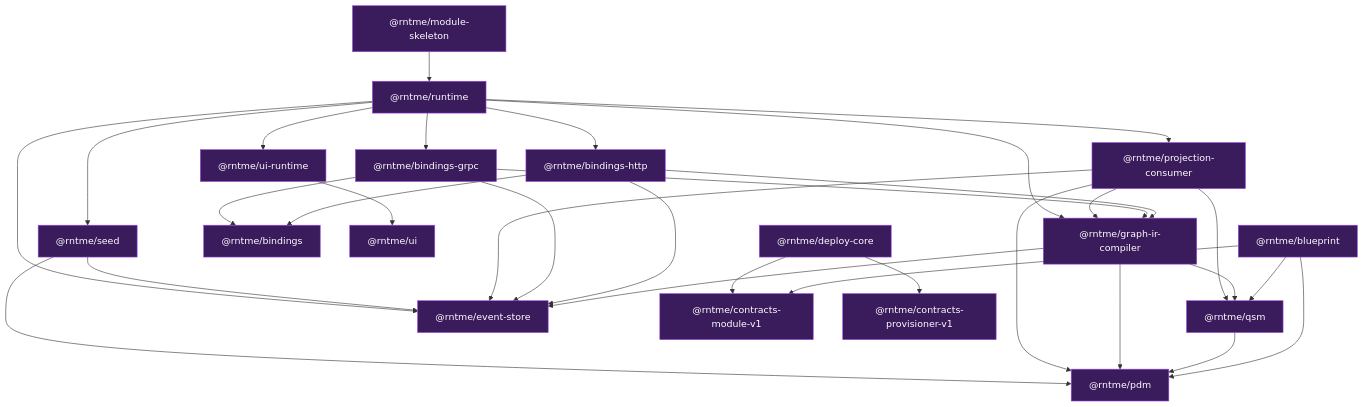
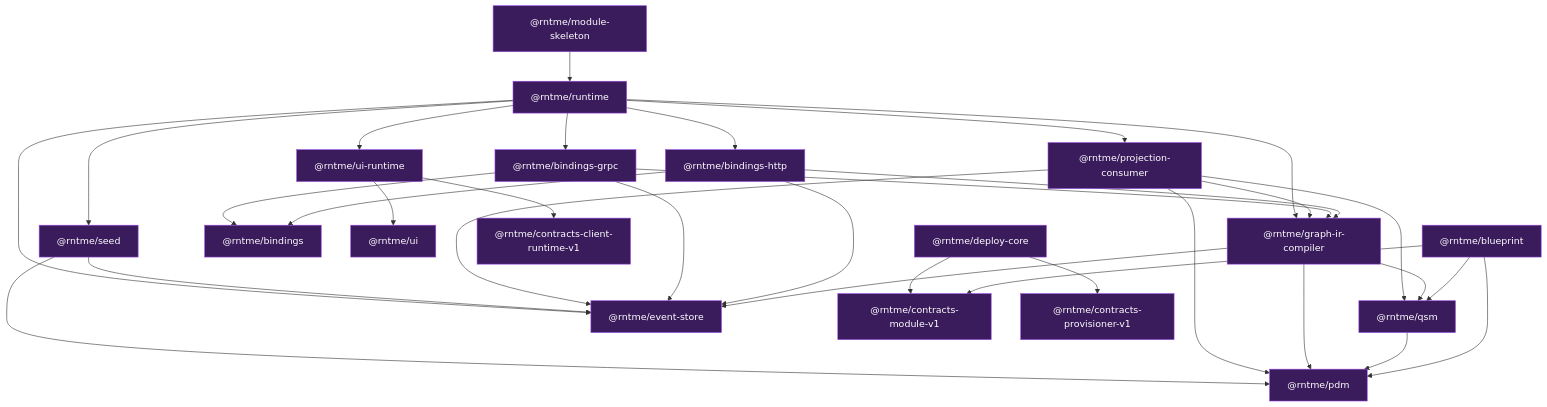
One commit to vladprrs/rntme changed the second of 2 diagrams in README.md. Above: the diagram before and after it, drawn with Mermaid. The commit also changed other lines of this file and 49 other files, not shown here.

````diff
--- a/README.md
+++ b/README.md
@@ -142,35 +143,36 @@
 ```mermaid
 flowchart TB
     classDef pkg fill:#3a1b5c,stroke:#9a4ae2,color:#fff;
     classDef demo fill:#1b5c3a,stroke:#4ae29a,color:#fff;
 
     BP["@rntme/blueprint"]:::pkg
     PDM["@rntme/pdm"]:::pkg
     QSM["@rntme/qsm"]:::pkg
     ES["@rntme/event-store"]:::pkg
     GIR["@rntme/graph-ir-compiler"]:::pkg
     B["@rntme/bindings"]:::pkg
     BH["@rntme/bindings-http"]:::pkg
     BG["@rntme/bindings-grpc"]:::pkg
     UI["@rntme/ui"]:::pkg
     UIR["@rntme/ui-runtime"]:::pkg
     PC["@rntme/projection-consumer"]:::pkg
     SD["@rntme/seed"]:::pkg
     RT["@rntme/runtime"]:::pkg
     MS["@rntme/module-skeleton"]:::pkg
     CMV1["@rntme/contracts-module-v1"]:::pkg
     CPV1["@rntme/contracts-provisioner-v1"]:::pkg
+    CCRV1["@rntme/contracts-client-runtime-v1"]:::pkg
     DC["@rntme/deploy-core"]:::pkg
 
     BP --> PDM & QSM & CMV1
     QSM --> PDM
     GIR --> PDM & QSM & ES
     BH --> B & GIR & ES
     BG --> B & GIR & ES
-    UIR --> UI
+    UIR --> UI & CCRV1
     PC --> ES & GIR & PDM & QSM
     SD --> ES & PDM
     RT --> BH & BG & UIR & PC & SD & GIR & ES
     MS --> RT
     DC --> CMV1 & CPV1
 ```
````
